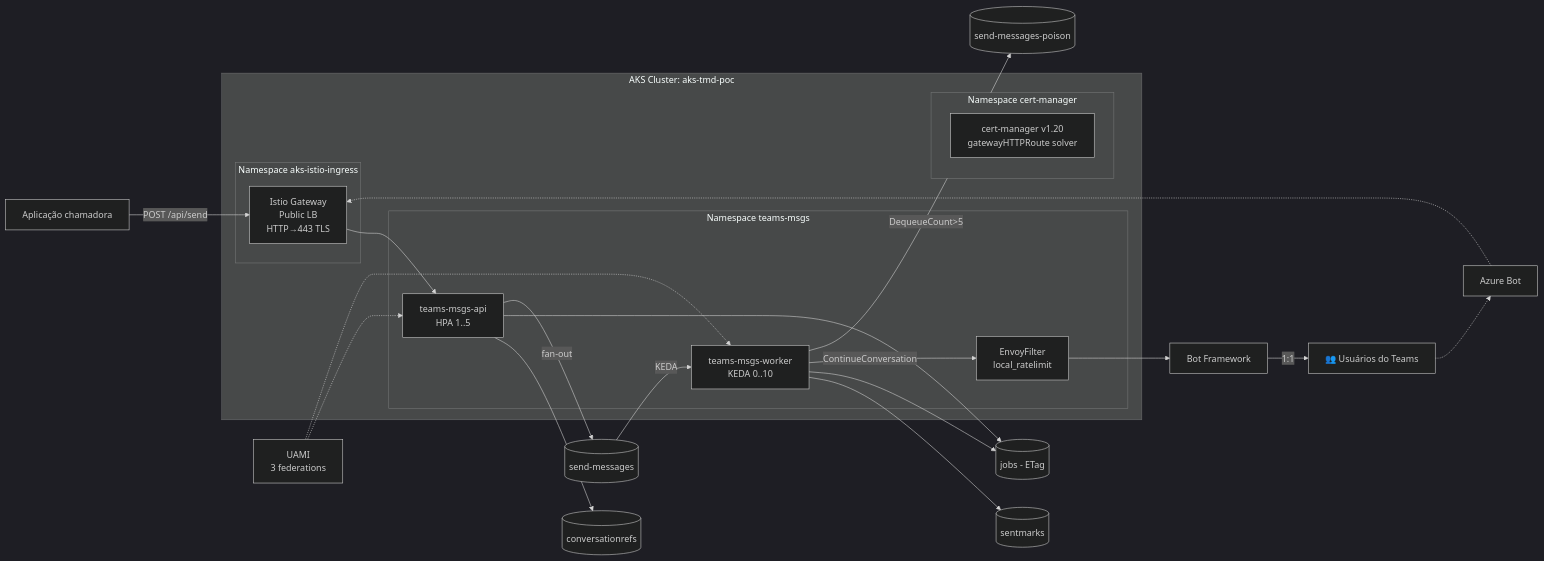
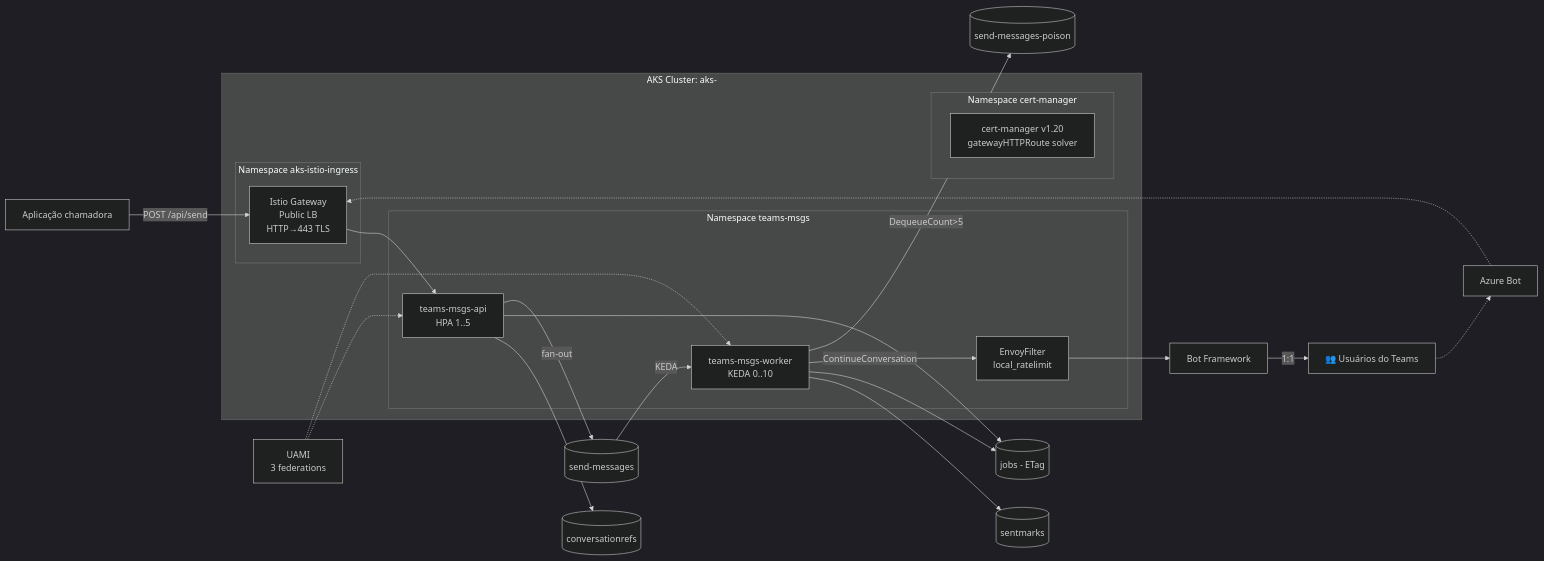
One commit to EdneiMonteiro/teams_msgs_dotnet changed the diagram in docs/architecture.md. Above: the diagram before and after it, drawn with Mermaid (dark theme). The commit also changed other lines of this file and 4 other files, not shown here.

````diff
--- a/docs/architecture.md
+++ b/docs/architecture.md
@@ -7,45 +7,45 @@
 ```mermaid
 graph LR
     Client[Aplicação chamadora]
     Users[👥 Usuários do Teams]
     BF[Bot Framework]
 
-    subgraph "AKS Cluster: aks-tmd-poc"
+    subgraph "AKS Cluster: aks-<seu-cluster>"
         subgraph "Namespace aks-istio-ingress"
             Gateway[Istio Gateway<br/>Public LB<br/>HTTP→443 TLS]
         end
         subgraph "Namespace teams-msgs"
             API[teams-msgs-api<br/>HPA 1..5]
             Worker[teams-msgs-worker<br/>KEDA 0..10]
             EF[EnvoyFilter<br/>local_ratelimit]
         end
         subgraph "Namespace cert-manager"
             CM[cert-manager v1.20<br/>gatewayHTTPRoute solver]
         end
     end
 
     Refs[(conversationrefs)]
     Jobs[(jobs - ETag)]
     Marks[(sentmarks)]
     SQ[(send-messages)]
     Poison[(send-messages-poison)]
     AzBot[Azure Bot]
     UAMI[UAMI<br/>3 federations]
 
     Client -->|POST /api/send| Gateway
     Gateway --> API
     API --> Refs
     API --> Jobs
     API -->|fan-out| SQ
     SQ -->|KEDA| Worker
     Worker --> Marks
     Worker --> Jobs
     Worker -->|ContinueConversation| EF
     EF --> BF
     BF -->|1:1| Users
     Worker -->|DequeueCount>5| Poison
     Users -.-> AzBot
     AzBot -.-> Gateway
     UAMI -.-> API
     UAMI -.-> Worker
 ```
````
